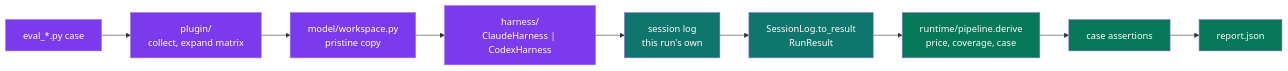
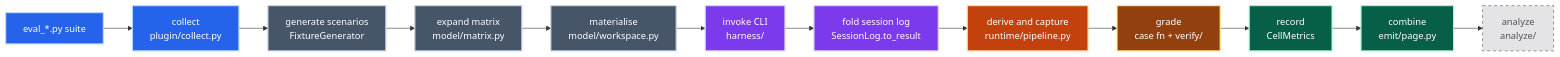
The first of 39 diagrams in ARCHITECTURE.md (neozenith/pytest-xharness-eval), drawn with Mermaid before and after one commit. The commit also changed other lines of this file and 103 other files, not shown here.

````diff
--- a/ARCHITECTURE.md
+++ b/ARCHITECTURE.md
@@ -13,21 +52,32 @@
 ```mermaid
 flowchart LR
-    CASE["eval_*.py case"]
-    PLUG["plugin/<br/>collect, expand matrix"]
-    WS["model/workspace.py<br/>pristine copy"]
-    RUN["harness/<br/>ClaudeHarness | CodexHarness"]
-    LOG["session log<br/>this run's own"]
-    NORM["SessionLog.to_result<br/>RunResult"]
-    PRICE["runtime/pipeline.derive<br/>price, coverage, case"]
-    GRADE["case assertions"]
-    REP["report.json"]
+    SUITE["eval_*.py suite"]
+    COL["collect<br/>plugin/collect.py"]
+    GEN["generate scenarios<br/>FixtureGenerator"]
+    EXP["expand matrix<br/>model/matrix.py"]
+    MAT["materialise<br/>model/workspace.py"]
+    INV["invoke CLI<br/>harness/"]
+    FOLD["fold session log<br/>SessionLog.to_result"]
+    DER["derive and capture<br/>runtime/pipeline.py"]
+    GRADE["grade<br/>case fn + verify/"]
+    REC["record<br/>CellMetrics"]
+    COMB["combine<br/>emit/page.py"]
+    ANA["analyze<br/>analyze/"]
 
-    CASE --> PLUG --> WS --> RUN --> LOG --> NORM --> PRICE --> GRADE --> REP
+    SUITE --> COL --> GEN --> EXP --> MAT --> INV --> FOLD --> DER --> GRADE --> REC --> COMB --> ANA
 
-    classDef new fill:#7c3aed,color:#fff
-    classDef data fill:#0f766e,color:#fff
-    classDef good fill:#047857,color:#fff
-    class CASE,PLUG,WS,RUN new
-    class LOG,NORM data
-    class PRICE,GRADE,REP good
+    classDef entry fill:#2563eb,stroke:#bfdbfe,color:#fff,stroke-width:2px
+    classDef domain fill:#475569,stroke:#cbd5e1,color:#fff,stroke-width:2px
+    classDef adapter fill:#7c3aed,stroke:#ddd6fe,color:#fff,stroke-width:2px
+    classDef runtime fill:#c2410c,stroke:#fed7aa,color:#fff,stroke-width:2px
+    classDef verify fill:#92400e,stroke:#fde68a,color:#fff,stroke-width:2px
+    classDef emit fill:#065f46,stroke:#a7f3d0,color:#fff,stroke-width:2px
+    classDef target fill:#e4e4e7,stroke:#52525b,color:#52525b,stroke-width:1px,stroke-dasharray:5 5
+    class SUITE,COL entry
+    class GEN,EXP,MAT domain
+    class INV,FOLD adapter
+    class DER runtime
+    class GRADE verify
+    class REC,COMB emit
+    class ANA target
 ```
````
